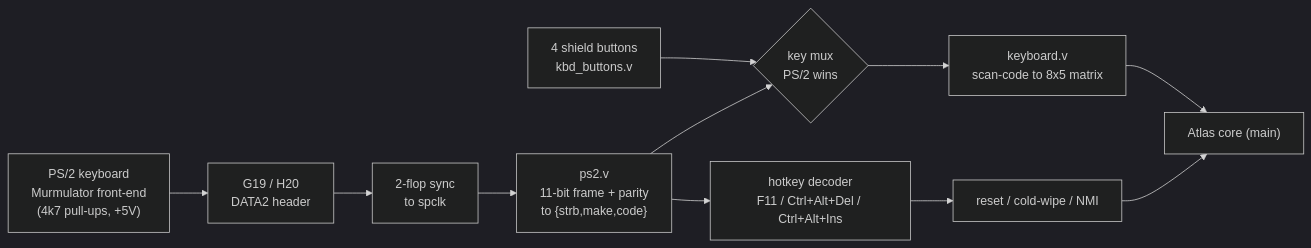
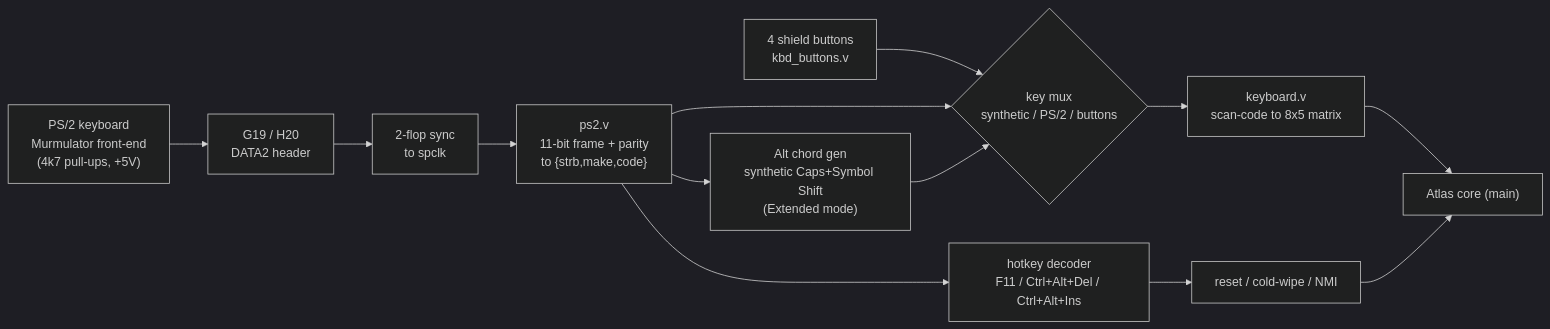
Before and after one commit to Alex-Electron/ZX_BulbuLator: the diagram in research/09-ps2-keyboard/README.md, drawn with Mermaid (dark theme). The commit also changed other lines of this file and 6 other files, not shown here.

First line of the commit message:
Step 9: Alt = the Spectrum's Extended-mode key

````diff
--- a/research/09-ps2-keyboard/README.md
+++ b/research/09-ps2-keyboard/README.md
@@ -122,13 +139,15 @@
 ```mermaid
 flowchart LR
     KBD["PS/2 keyboard<br/>Murmulator front-end<br/>(4k7 pull-ups, +5V)"] --> PINS["G19 / H20<br/>DATA2 header"]
     PINS --> SYNC["2-flop sync<br/>to spclk"]
     SYNC --> PS2["ps2.v<br/>11-bit frame + parity<br/>to {strb,make,code}"]
-    BTN["4 shield buttons<br/>kbd_buttons.v"] --> MUX{"key mux<br/>PS/2 wins"}
+    BTN["4 shield buttons<br/>kbd_buttons.v"] --> MUX{"key mux<br/>synthetic / PS/2 / buttons"}
     PS2 --> MUX
+    PS2 --> ALT["Alt chord gen<br/>synthetic Caps+Symbol Shift<br/>(Extended mode)"]
+    ALT --> MUX
     MUX --> KEYB["keyboard.v<br/>scan-code to 8x5 matrix"]
     KEYB --> CORE["Atlas core (main)"]
     PS2 --> HOT["hotkey decoder<br/>F11 / Ctrl+Alt+Del / Ctrl+Alt+Ins"]
     HOT --> RST["reset / cold-wipe / NMI"]
     RST --> CORE
 ```
````
